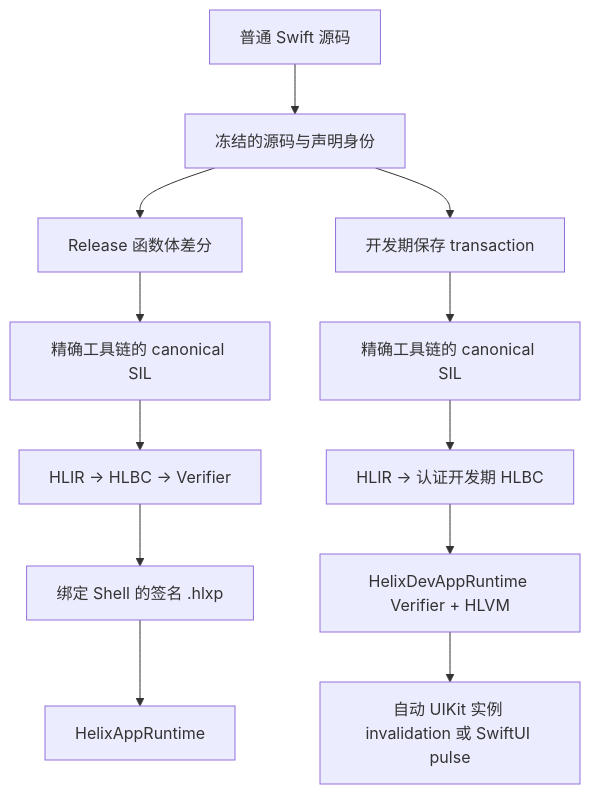
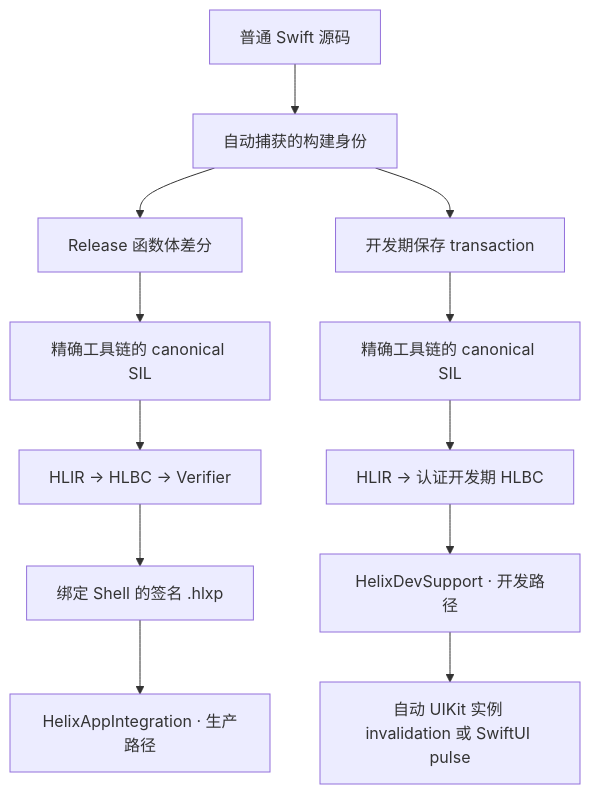
Before and after one commit to TangentW/Helix: the diagram in Docs/Architecture.zh-CN.md, drawn with Mermaid. The commit also changed other lines of this file and 171 other files, not shown here.

````diff
--- a/Docs/Architecture.zh-CN.md
+++ b/Docs/Architecture.zh-CN.md
@@ -18,16 +18,16 @@
 ```mermaid
 flowchart TB
-    S["普通 Swift 源码"] --> I["冻结的源码与声明身份"]
+    S["普通 Swift 源码"] --> I["自动捕获的构建身份"]
     I --> R["Release 函数体差分"]
     I --> D["开发期保存 transaction"]
 
     R --> SIL1["精确工具链的 canonical SIL"]
     SIL1 --> HLBC["HLIR → HLBC → Verifier"]
     HLBC --> PKG["绑定 Shell 的签名 .hlxp"]
-    PKG --> PR["HelixAppRuntime"]
+    PKG --> PR["HelixAppIntegration · 生产路径"]
 
     D --> DSIL["精确工具链的 canonical SIL"]
     DSIL --> DHLBC["HLIR → 认证开发期 HLBC"]
-    DHLBC --> DR["HelixDevAppRuntime Verifier + HLVM"]
+    DHLBC --> DR["HelixDevSupport · 开发路径"]
     DR --> UI["自动 UIKit 实例 invalidation 或 SwiftUI pulse"]
 ```
````
